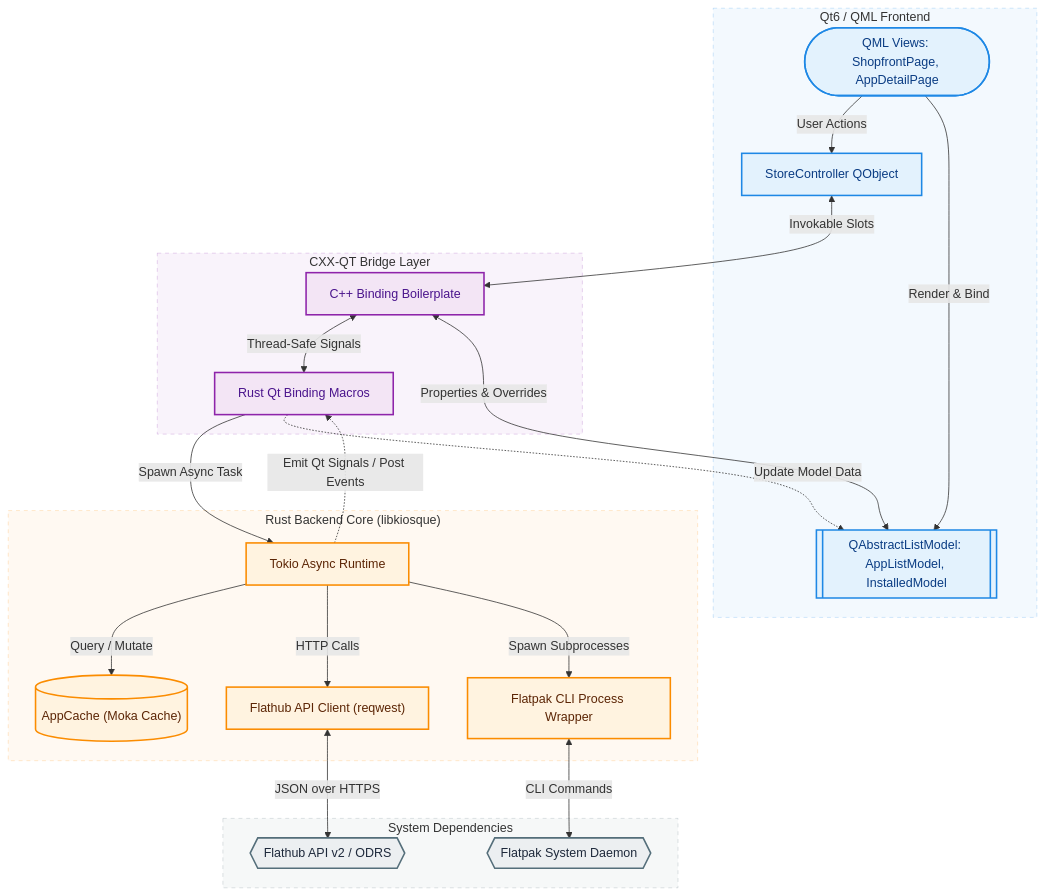
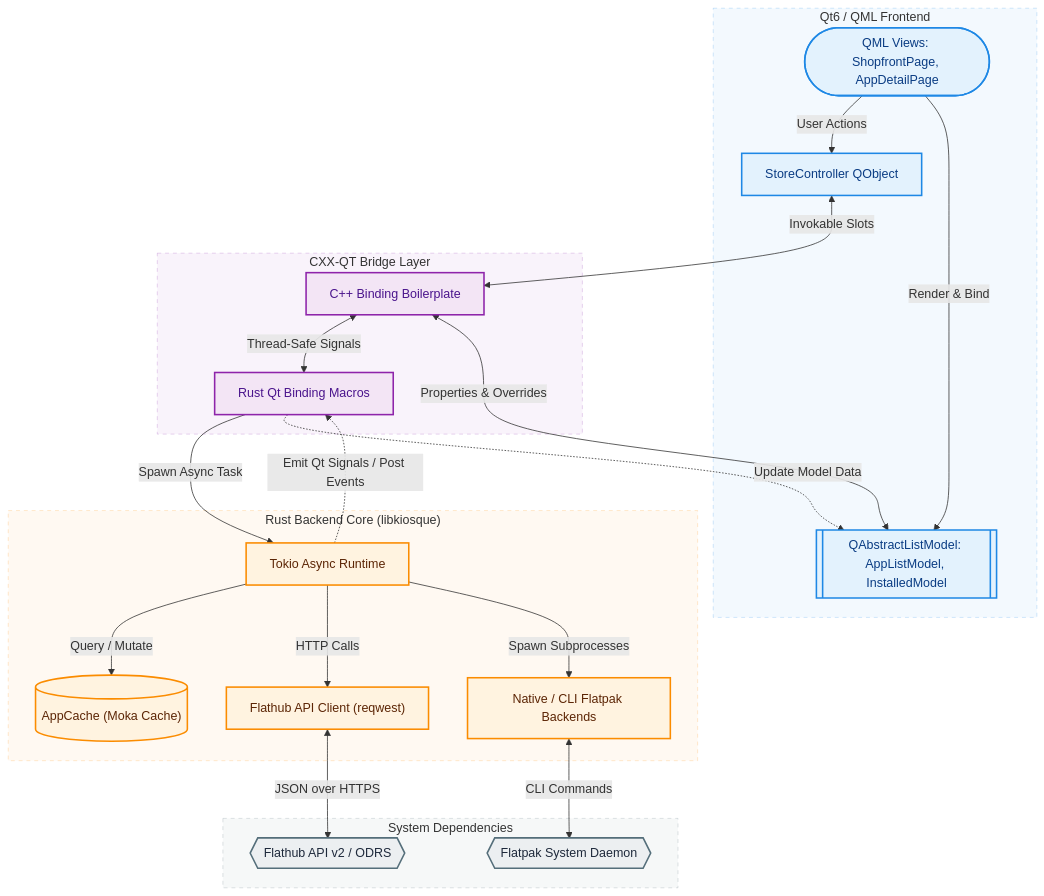
One commit to niltonperimneto/kiosque changed the diagram in README.md. Above: the diagram before and after it, drawn with Mermaid. The commit also changed other lines of this file and 108 other files, not shown here.

````diff
--- a/README.md
+++ b/README.md
@@ -55,66 +56,66 @@
 ```mermaid
 graph TD
     %% Frontend Layer
     subgraph Frontend ["Qt6 / QML Frontend"]
         UI(["QML Views: ShopfrontPage, AppDetailPage"])
         Ctrl["StoreController QObject"]
         Models[["QAbstractListModel: AppListModel, InstalledModel"]]
     end
 
     %% CXX-QT Bridge Layer
     subgraph Bridge ["CXX-QT Bridge Layer"]
         CXX_Bridge["C++ Binding Boilerplate"]
         Rust_Bridge["Rust Qt Binding Macros"]
     end
 
     %% Backend Layer
     subgraph Backend ["Rust Backend Core (libkiosque)"]
         Cache[("AppCache (Moka Cache)")]
         Flathub["Flathub API Client (reqwest)"]
-        FlatpakCLI["Flatpak CLI Process Wrapper"]
+        FlatpakCLI["Native / CLI Flatpak Backends"]
         Tokio["Tokio Async Runtime"]
     end
 
     %% System Dependencies
     subgraph System ["System Dependencies"]
         FlathubAPI{{"Flathub API v2 / ODRS"}}
         FlatpakSystem{{"Flatpak System Daemon"}}
     end
 
     %% Connections
     UI -->|User Actions| Ctrl
     UI -->|Render & Bind| Models
     
     Ctrl <-->|Invokable Slots| CXX_Bridge
     Models <-->|Properties & Overrides| CXX_Bridge
     
     CXX_Bridge <-->|Thread-Safe Signals| Rust_Bridge
     
     Rust_Bridge -->|Spawn Async Task| Tokio
     Tokio -.->|Emit Qt Signals / Post Events| Rust_Bridge
     Rust_Bridge -.->|Update Model Data| Models
     
     Tokio -->|Query / Mutate| Cache
     Tokio -->|HTTP Calls| Flathub
     Tokio -->|Spawn Subprocesses| FlatpakCLI
     
     Flathub <-->|JSON over HTTPS| FlathubAPI
     FlatpakCLI <-->|CLI Commands| FlatpakSystem
 
     %% Style Classes for Modern Theme
     classDef frontend fill:#E3F2FD,stroke:#1E88E5,stroke-width:2px,color:#0A3C83;
     classDef bridge fill:#F3E5F5,stroke:#8E24AA,stroke-width:2px,color:#4A148C;
     classDef backend fill:#FFF3E0,stroke:#FB8C00,stroke-width:2px,color:#5C2505;
     classDef system fill:#ECEFF1,stroke:#546E7A,stroke-width:2px,color:#1E293B;
 
     class UI,Models,Ctrl frontend;
     class CXX_Bridge,Rust_Bridge bridge;
     class Tokio,Cache,Flathub,FlatpakCLI backend;
     class FlathubAPI,FlatpakSystem system;
 
     %% Subgraph Styling (GitHub Light/Dark theme safe via transparent tints)
     style Frontend fill:#1E88E5,fill-opacity:0.05,stroke:#1E88E5,stroke-opacity:0.25,stroke-width:1px,stroke-dasharray: 5 5;
     style Bridge fill:#8E24AA,fill-opacity:0.05,stroke:#8E24AA,stroke-opacity:0.25,stroke-width:1px,stroke-dasharray: 5 5;
     style Backend fill:#FB8C00,fill-opacity:0.05,stroke:#FB8C00,stroke-opacity:0.25,stroke-width:1px,stroke-dasharray: 5 5;
     style System fill:#546E7A,fill-opacity:0.05,stroke:#546E7A,stroke-opacity:0.25,stroke-width:1px,stroke-dasharray: 5 5;
 ```
````
